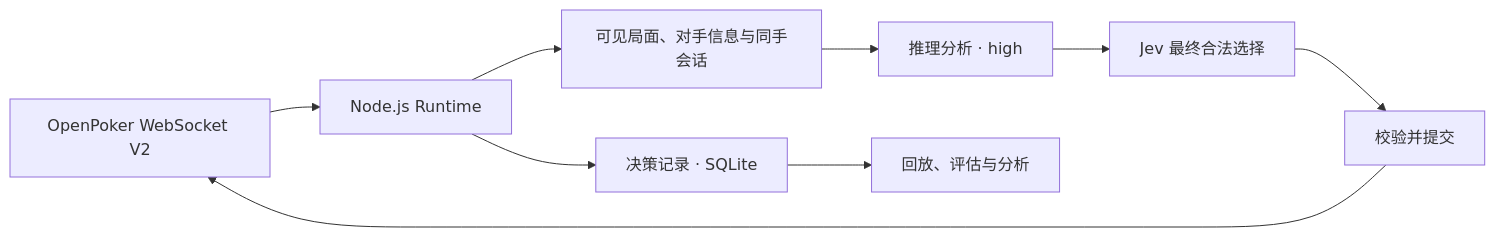
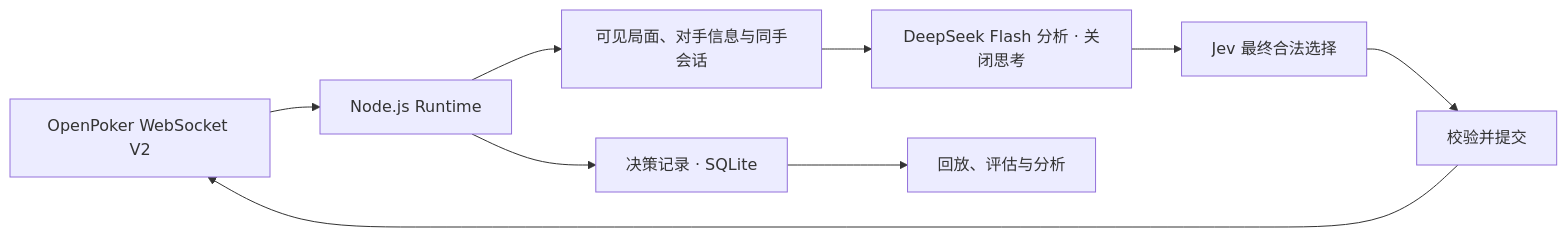
The diagram in README.zh-CN.md (hewenyu/jev-card-agent), drawn with Mermaid before and after one commit. The commit also changed other lines of this file and 27 other files, not shown here.

Commit message:
Add dedicated DeepSeek analysis and prioritize the live table

````diff
--- a/README.zh-CN.md
+++ b/README.zh-CN.md
@@ -27,11 +27,11 @@
 ```mermaid
 flowchart LR
   O[OpenPoker WebSocket V2] --> R[Node.js Runtime]
   R --> C[可见局面、对手信息与同手会话]
-  C --> A[推理分析 · high]
+  C --> A[DeepSeek Flash 分析 · 关闭思考]
   A --> J[Jev 最终合法选择]
   J --> V[校验并提交]
   V --> O
   R --> T[决策记录 · SQLite]
   T --> E[回放、评估与分析]
 ```
````
